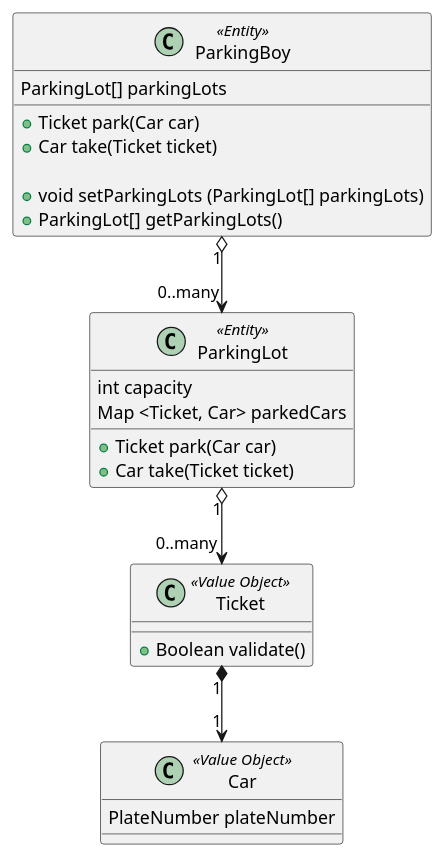
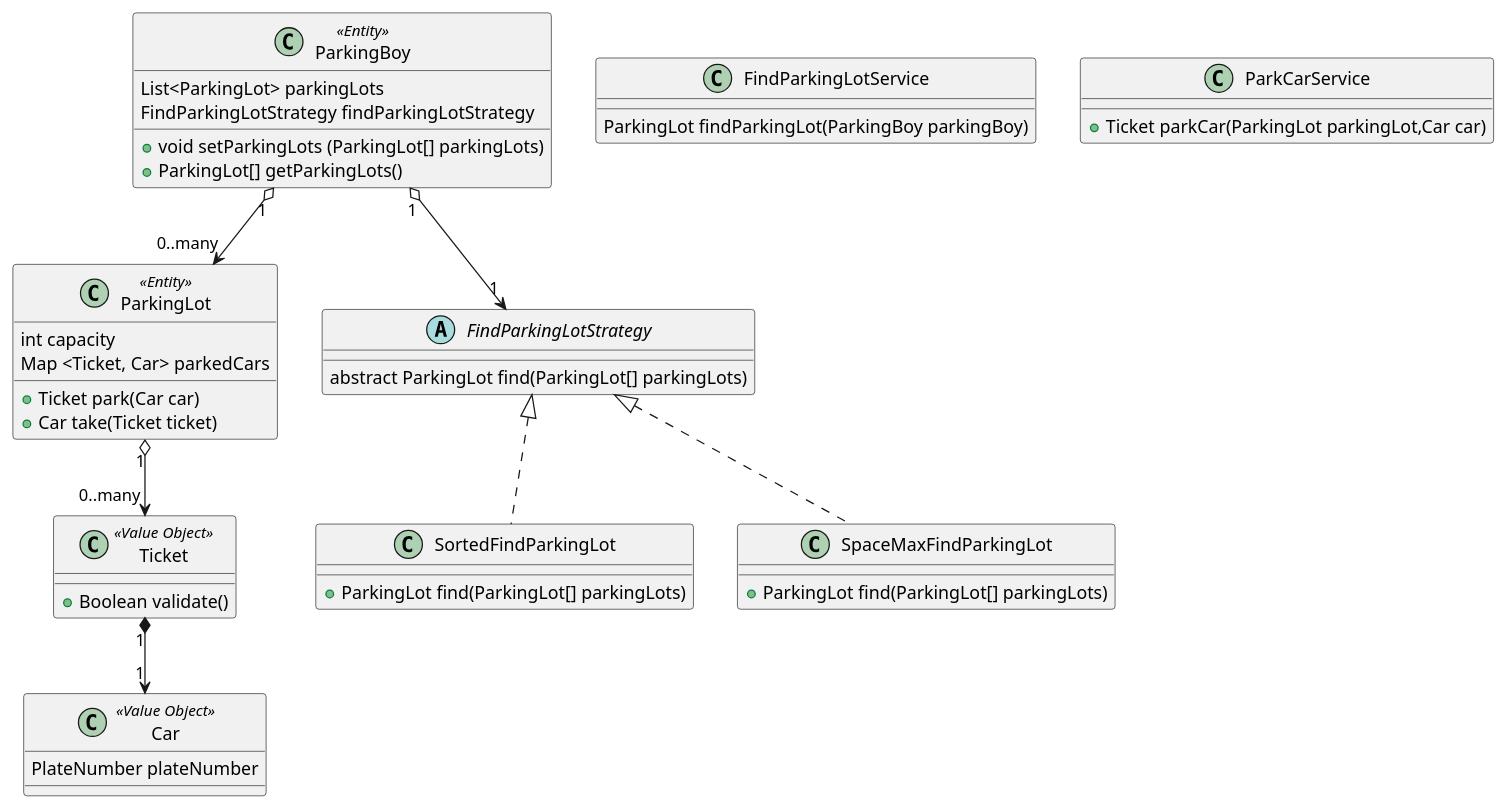
One commit to hanrongMan/ddd changed the diagram in parkingLot.puml. Above: the diagram before and after it, drawn with PlantUML. The commit also changed other lines of this file and 29 other files, not shown here.

```diff
--- a/parkingLot.puml
+++ b/parkingLot.puml
@@ -1,38 +1,55 @@
 @startuml
 
 
 Class ParkingBoy << Entity >> {
-  ParkingLot[] parkingLots
-
-  + Ticket park(Car car)
-  + Car take(Ticket ticket)
+  List<ParkingLot> parkingLots
+  FindParkingLotStrategy findParkingLotStrategy
 
   + void setParkingLots (ParkingLot[] parkingLots)
   + ParkingLot[] getParkingLots()
 }
-
 
 class ParkingLot << Entity >> {
   int capacity
   Map <Ticket, Car> parkedCars
 
   + Ticket park(Car car)
   + Car take(Ticket ticket)
 }
 
-
 Class Car << Value Object >> {
     PlateNumber plateNumber
 }
 
 Class Ticket << Value Object >> {
   + Boolean validate()
 }
 
+class FindParkingLotService {
+ParkingLot findParkingLot(ParkingBoy parkingBoy)
+}
+
+class ParkCarService{
++ Ticket parkCar(ParkingLot parkingLot,Car car)
+}
+
+abstract class FindParkingLotStrategy {
+abstract ParkingLot find(ParkingLot[] parkingLots)
+}
+
+Class SortedFindParkingLot{
++ParkingLot find(ParkingLot[] parkingLots)
+}
+
+Class SpaceMaxFindParkingLot{
++ParkingLot find(ParkingLot[] parkingLots)
+}
+
+FindParkingLotStrategy  <|.. SortedFindParkingLot
+FindParkingLotStrategy  <|.. SpaceMaxFindParkingLot
+
 Ticket "1" *--> "1" Car
 ParkingLot "1" o--> "0..many" Ticket
 ParkingBoy "1" o--> "0..many" ParkingLot
-
-
-
+ParkingBoy "1" o--> "1" FindParkingLotStrategy
 @enduml
```
